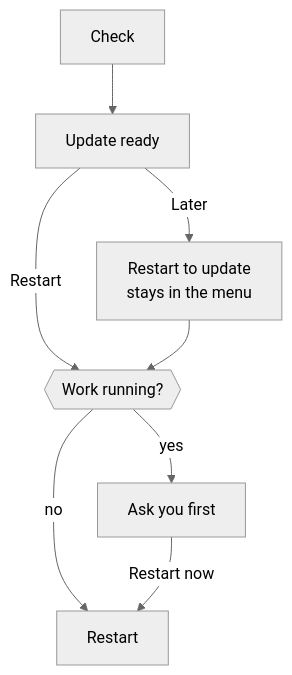
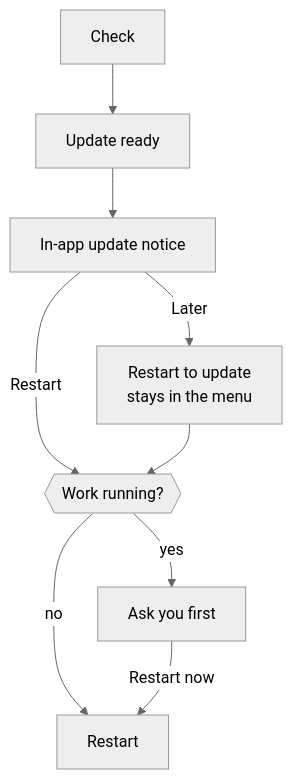
Before and after one commit to n8n-io/nod: the second of 2 diagrams in docs/src/content/docs/deploy/desktop-app.mdx, drawn with Mermaid (neutral theme). The commit also changed other lines of this file and 19 other files, not shown here.

````diff
--- a/docs/src/content/docs/deploy/desktop-app.mdx
+++ b/docs/src/content/docs/deploy/desktop-app.mdx
@@ -143,10 +143,11 @@
 ```mermaid
 flowchart TD
   check[Check]:::muted --> ready[Update ready]
-  ready -- Later --> menu[Restart to update<br/>stays in the menu]
-  ready -- Restart --> busy{{Work running?}}
+  ready --> notice[In-app update notice]:::accent
+  notice -- Later --> menu[Restart to update<br/>stays in the menu]
+  notice -- Restart --> busy{{Work running?}}
   menu --> busy
   busy -- no --> restart[Restart]:::go
   busy -- yes --> ask[Ask you first]:::accent
   ask -- Restart now --> restart
 ```
````
